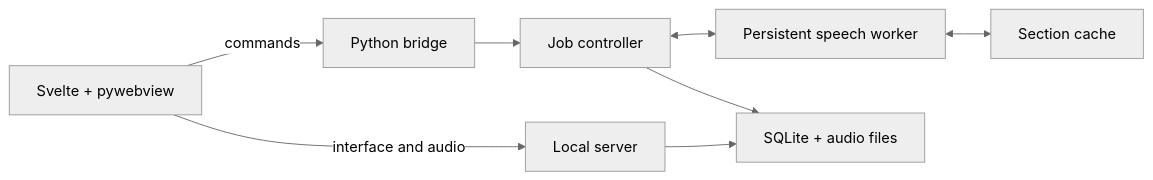
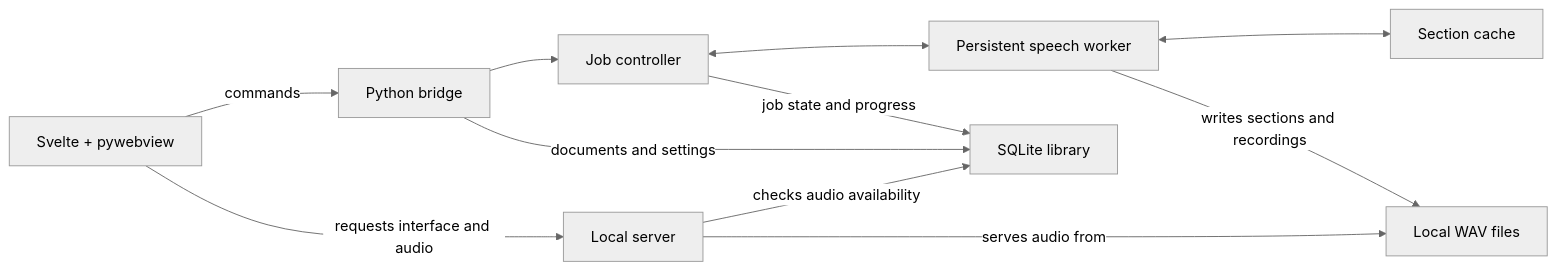
One commit to AbdelrahmanElmughrabi/Lilt changed the diagram in README.md. Above: the diagram before and after it, drawn with Mermaid (neutral theme).

Commit message:
docs: clarify Violilt architecture data flows

````diff
--- a/README.md
+++ b/README.md
@@ -29,10 +29,13 @@
 ```mermaid
 flowchart LR
     UI["Svelte + pywebview"] -- commands --> Bridge["Python bridge"]
-    UI -- "interface and audio" --> Server["Local server"]
+    UI -- "requests interface and audio" --> Server["Local server"]
     Bridge --> Jobs["Job controller"]
+    Bridge -- "documents and settings" --> Database["SQLite library"]
     Jobs <--> Worker["Persistent speech worker"]
+    Jobs -- "job state and progress" --> Database
     Worker <--> Cache["Section cache"]
-    Jobs --> Store["SQLite + audio files"]
-    Server --> Store
+    Worker -- "writes sections and recordings" --> Audio["Local WAV files"]
+    Server -- "checks audio availability" --> Database
+    Server -- "serves audio from" --> Audio
 ```
````
